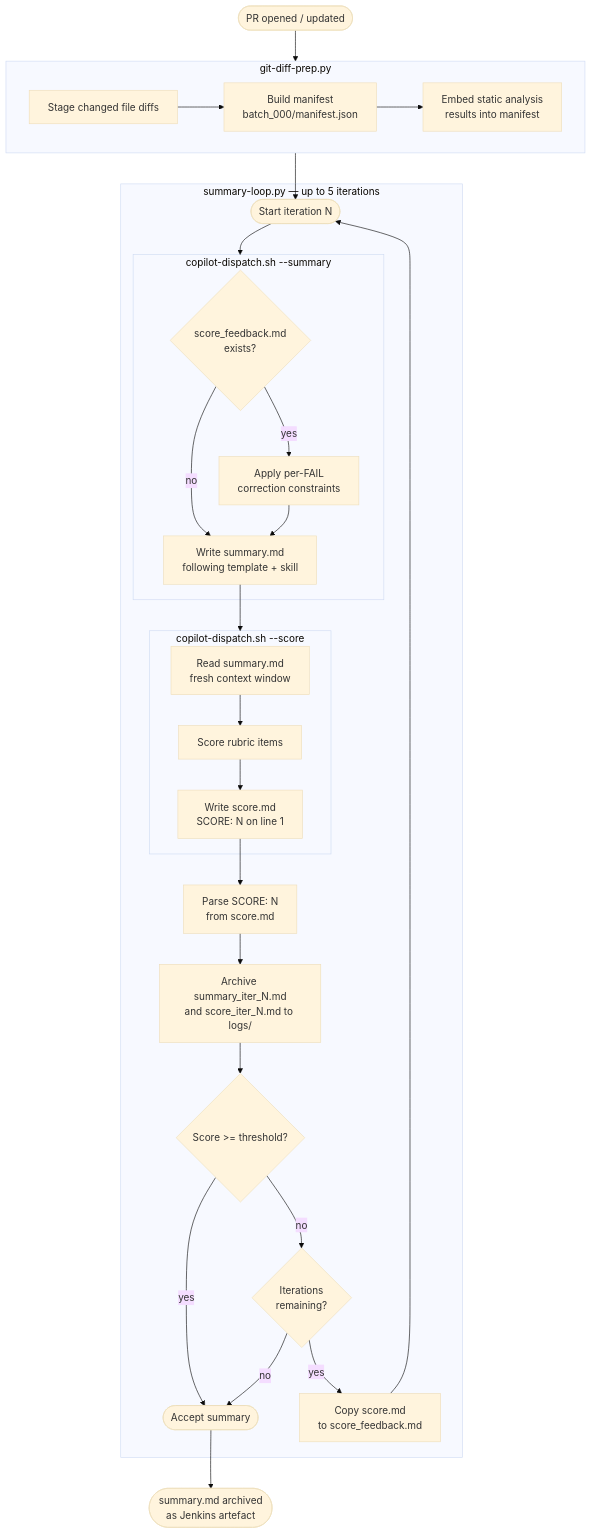
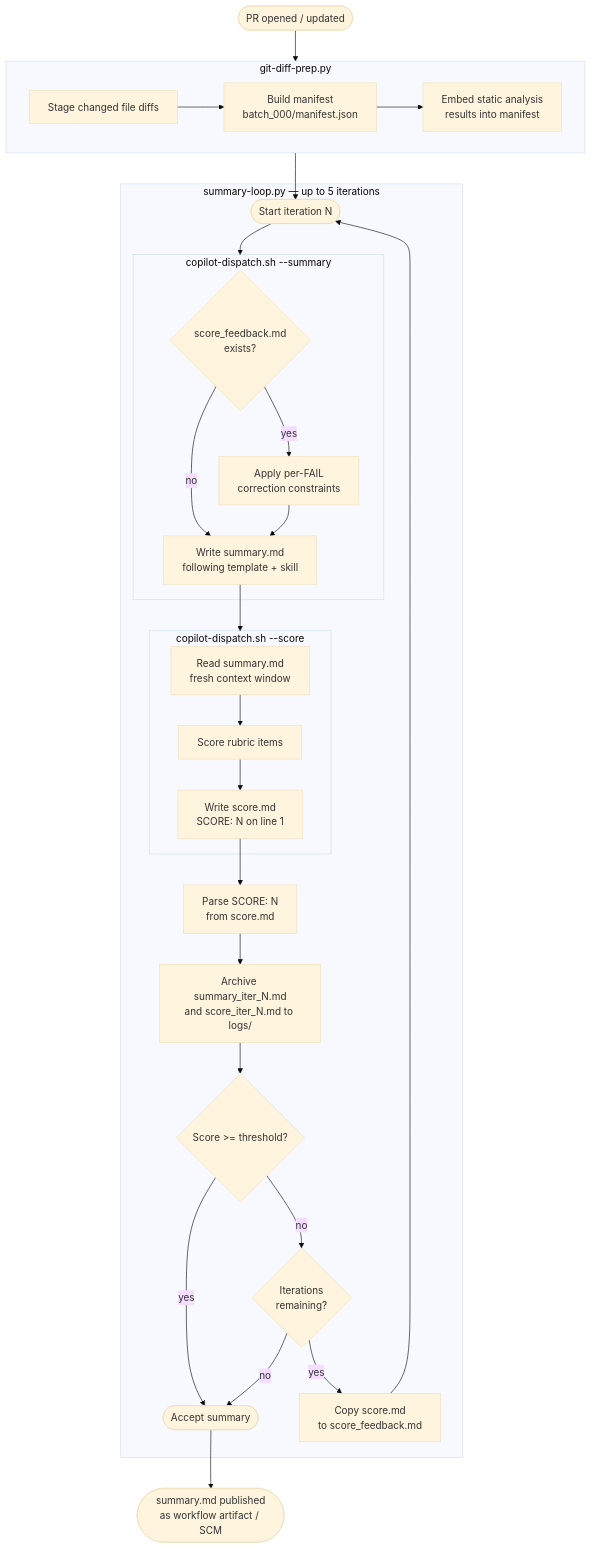
Before and after one commit to behaviorengineering/majordomo: the diagram in docs/advanced/06-pr-summary-flow.md, drawn with Mermaid (base theme). The commit also changed other lines of this file and 64 other files, not shown here.

````diff
--- a/docs/advanced/06-pr-summary-flow.md
+++ b/docs/advanced/06-pr-summary-flow.md
@@ -55,42 +54,42 @@
 ```mermaid
 graph TD
     PR([PR opened / updated]) --> PREP
 
     subgraph PREP ["git-diff-prep.py"]
         DIFF[Stage changed file diffs] --> MANIFEST[Build manifest\nbatch_000/manifest.json]
         MANIFEST --> SA[Embed static analysis\nresults into manifest]
     end
 
     PREP --> LOOP_START
 
     subgraph LOOP ["summary-loop.py  —  up to 5 iterations"]
         LOOP_START([Start iteration N]) --> GENERATE
 
         subgraph GENERATE ["copilot-dispatch.sh --summary"]
             READ_FEEDBACK{score_feedback.md\nexists?}
             READ_FEEDBACK -- yes --> APPLY[Apply per-FAIL\ncorrection constraints]
             READ_FEEDBACK -- no --> WRITE
             APPLY --> WRITE[Write summary.md\nfollowing template + skill]
         end
 
         WRITE --> SCORE
 
         subgraph SCORE ["copilot-dispatch.sh --score"]
             READ_SUMMARY[Read summary.md\nfresh context window]
             READ_SUMMARY --> RUBRIC[Score rubric items]
             RUBRIC --> WRITE_SCORE[Write score.md\nSCORE: N on line 1]
         end
 
         WRITE_SCORE --> PARSE[Parse SCORE: N\nfrom score.md]
         PARSE --> ARCHIVE[Archive summary_iter_N.md\nand score_iter_N.md to logs/]
         ARCHIVE --> THRESHOLD{Score >= threshold?}
 
         THRESHOLD -- yes --> ACCEPT([Accept summary])
         THRESHOLD -- no --> MORE{Iterations\nremaining?}
         MORE -- yes --> FEEDBACK[Copy score.md\nto score_feedback.md]
         FEEDBACK --> LOOP_START
         MORE -- no --> ACCEPT
     end
 
-    ACCEPT --> ARTIFACT([summary.md archived\nas Jenkins artefact])
+    ACCEPT --> ARTIFACT([summary.md published\nas workflow artifact / SCM])
 ```
````
